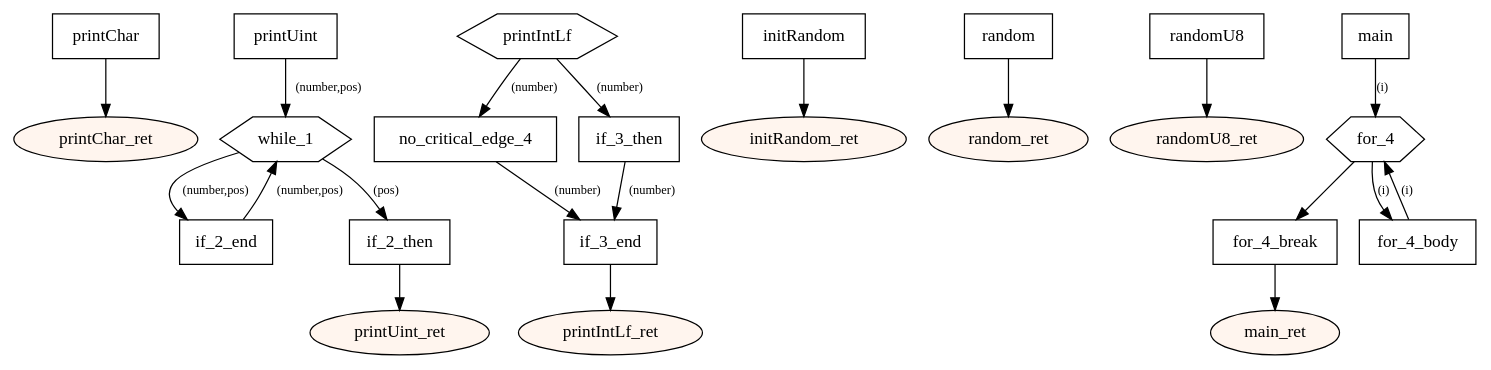
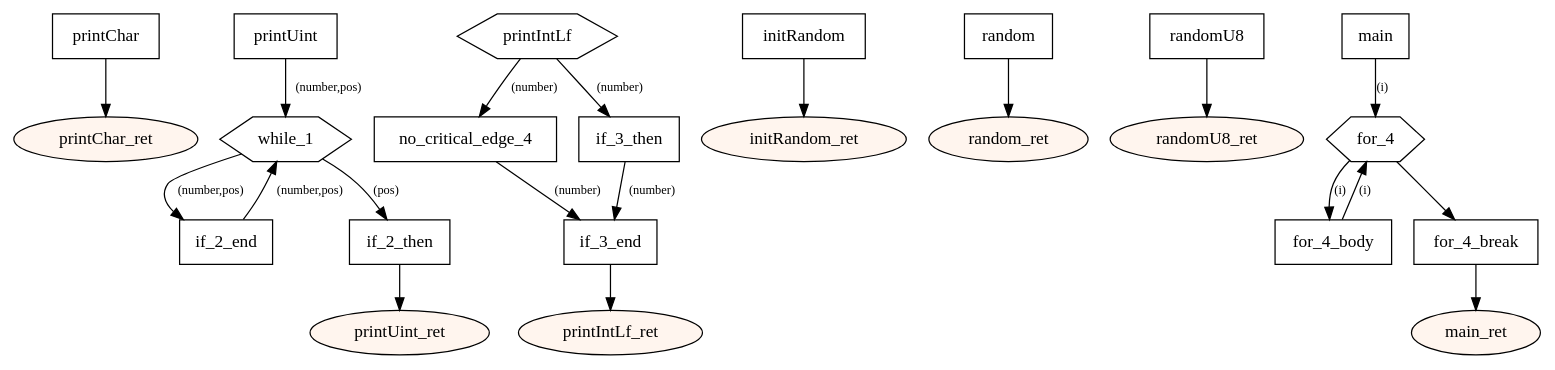
Before and after one commit to tmssngr/tinyC: the diagram in src/main/resources-test/prng.dot, drawn with Graphviz. The commit also changed other lines of this file and 51 other files, not shown here.

```diff
--- a/src/main/resources-test/prng.dot
+++ b/src/main/resources-test/prng.dot
@@ -1,59 +1,59 @@
 digraph program {
 	edge[fontsize="10pt"];
 	subgraph fn_printChar {
 		BasicBlock_0_printChar [label="printChar",shape=box];
 		BasicBlock_0_printChar -> BasicBlock_0_printChar_ret;
 		BasicBlock_0_printChar_ret [label="printChar_ret",shape=oval,style=filled,fillcolor="#fff5ee"];
 	}
 	subgraph fn_printUint {
 		BasicBlock_1_printUint [label="printUint",shape=box];
 		BasicBlock_1_printUint -> BasicBlock_1_while_1 [label="(number,pos)"];
+		BasicBlock_1_if_2_end [label="if_2_end",shape=box];
+		BasicBlock_1_if_2_end -> BasicBlock_1_while_1 [label="(number,pos)"];
 		BasicBlock_1_while_1 [label="while_1",shape=hexagon];
 		BasicBlock_1_while_1 -> BasicBlock_1_if_2_end [label="(number,pos)"];
 		BasicBlock_1_while_1 -> BasicBlock_1_if_2_then [label="(pos)"];
 		BasicBlock_1_if_2_then [label="if_2_then",shape=box];
 		BasicBlock_1_if_2_then -> BasicBlock_1_printUint_ret;
-		BasicBlock_1_if_2_end [label="if_2_end",shape=box];
-		BasicBlock_1_if_2_end -> BasicBlock_1_while_1 [label="(number,pos)"];
 		BasicBlock_1_printUint_ret [label="printUint_ret",shape=oval,style=filled,fillcolor="#fff5ee"];
 	}
 	subgraph fn_printIntLf {
 		BasicBlock_2_printIntLf [label="printIntLf",shape=hexagon];
 		BasicBlock_2_printIntLf -> BasicBlock_2_no_critical_edge_4 [label="(number)"];
 		BasicBlock_2_printIntLf -> BasicBlock_2_if_3_then [label="(number)"];
+		BasicBlock_2_no_critical_edge_4 [label="no_critical_edge_4",shape=box];
+		BasicBlock_2_no_critical_edge_4 -> BasicBlock_2_if_3_end [label="(number)"];
 		BasicBlock_2_if_3_then [label="if_3_then",shape=box];
 		BasicBlock_2_if_3_then -> BasicBlock_2_if_3_end [label="(number)"];
-		BasicBlock_2_no_critical_edge_4 [label="no_critical_edge_4",shape=box];
-		BasicBlock_2_no_critical_edge_4 -> BasicBlock_2_if_3_end [label="(number)"];
 		BasicBlock_2_if_3_end [label="if_3_end",shape=box];
 		BasicBlock_2_if_3_end -> BasicBlock_2_printIntLf_ret;
 		BasicBlock_2_printIntLf_ret [label="printIntLf_ret",shape=oval,style=filled,fillcolor="#fff5ee"];
 	}
 	subgraph fn_initRandom {
 		BasicBlock_3_initRandom [label="initRandom",shape=box];
 		BasicBlock_3_initRandom -> BasicBlock_3_initRandom_ret;
 		BasicBlock_3_initRandom_ret [label="initRandom_ret",shape=oval,style=filled,fillcolor="#fff5ee"];
 	}
 	subgraph fn_random {
 		BasicBlock_4_random [label="random",shape=box];
 		BasicBlock_4_random -> BasicBlock_4_random_ret;
 		BasicBlock_4_random_ret [label="random_ret",shape=oval,style=filled,fillcolor="#fff5ee"];
 	}
 	subgraph fn_randomU8 {
 		BasicBlock_5_randomU8 [label="randomU8",shape=box];
 		BasicBlock_5_randomU8 -> BasicBlock_5_randomU8_ret;
 		BasicBlock_5_randomU8_ret [label="randomU8_ret",shape=oval,style=filled,fillcolor="#fff5ee"];
 	}
 	subgraph fn_main {
 		BasicBlock_6_main [label="main",shape=box];
 		BasicBlock_6_main -> BasicBlock_6_for_4 [label="(i)"];
+		BasicBlock_6_for_4_body [label="for_4_body",shape=box];
+		BasicBlock_6_for_4_body -> BasicBlock_6_for_4 [label="(i)"];
 		BasicBlock_6_for_4 [label="for_4",shape=hexagon];
 		BasicBlock_6_for_4 -> BasicBlock_6_for_4_break;
 		BasicBlock_6_for_4 -> BasicBlock_6_for_4_body [label="(i)"];
-		BasicBlock_6_for_4_body [label="for_4_body",shape=box];
-		BasicBlock_6_for_4_body -> BasicBlock_6_for_4 [label="(i)"];
 		BasicBlock_6_for_4_break [label="for_4_break",shape=box];
 		BasicBlock_6_for_4_break -> BasicBlock_6_main_ret;
 		BasicBlock_6_main_ret [label="main_ret",shape=oval,style=filled,fillcolor="#fff5ee"];
 	}
 }
```
